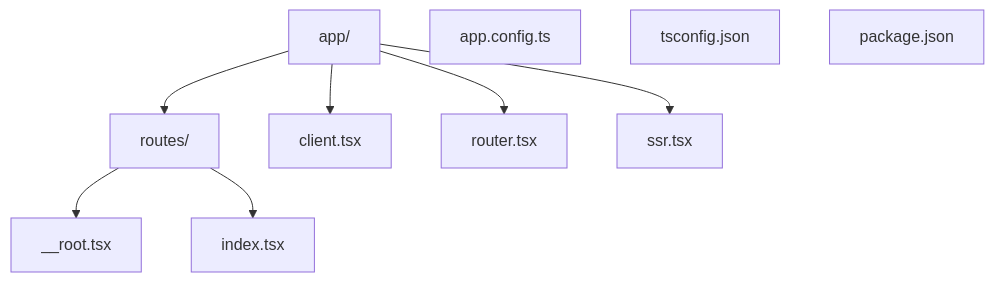
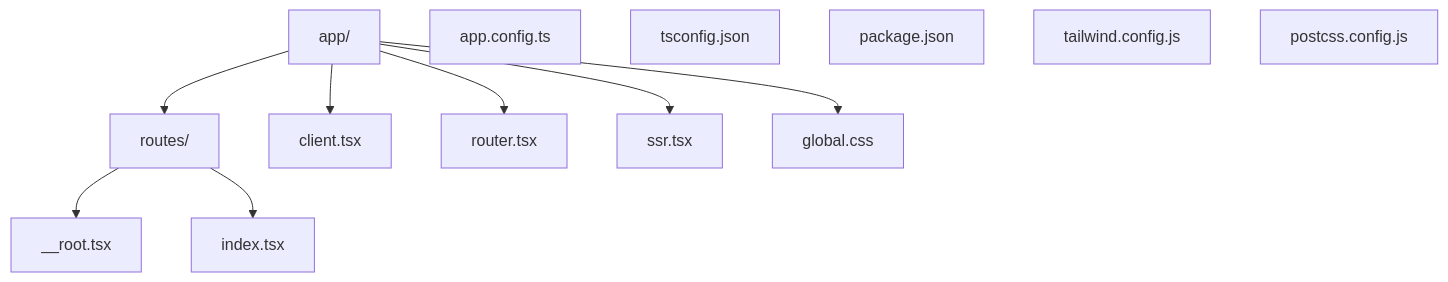
Before and after one commit to AndrewUsher/qr-generator-start: the first of 2 diagrams in README.md, drawn with Mermaid. The commit also changed other lines of this file, not shown here.

Commit message:
docs: update README with Tailwind CSS information

````diff
--- a/README.md
+++ b/README.md
@@ -11,12 +11,15 @@
 ```mermaid
 graph TD
     A[app/] --> B[routes/]
     A --> C[client.tsx]
     A --> D[router.tsx]
     A --> E[ssr.tsx]
-    B --> F[__root.tsx]
-    B --> G[index.tsx]
-    H[app.config.ts]
-    I[tsconfig.json]
-    J[package.json]
+    A --> F[global.css]
+    B --> G[__root.tsx]
+    B --> H[index.tsx]
+    I[app.config.ts]
+    J[tsconfig.json]
+    K[package.json]
+    L[tailwind.config.js]
+    M[postcss.config.js]
 ```
````
